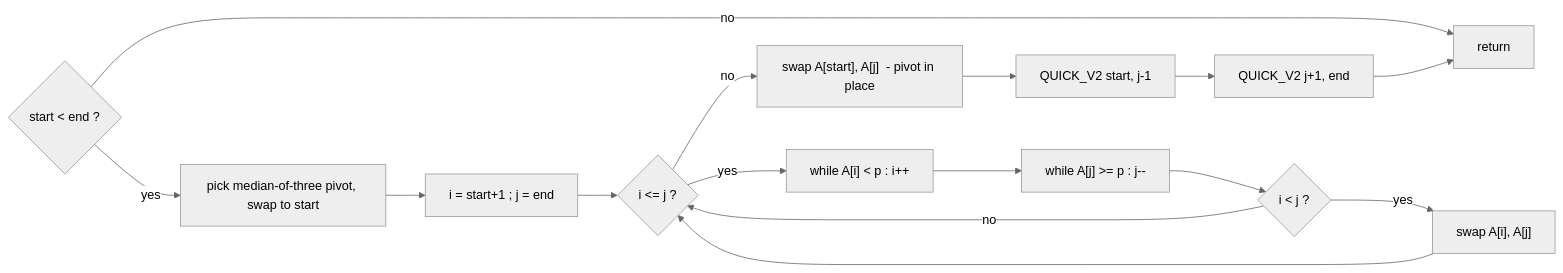
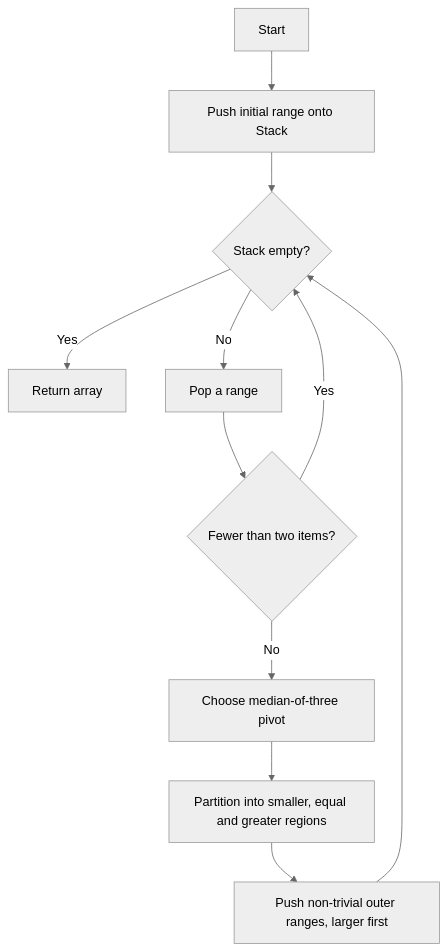
Diagram 13 of 21 in descriptions/a.md (Azusalina/sba-proj), drawn with Mermaid (neutral theme) before and after one commit. The commit also changed other lines of this file and 1 other file, not shown here.

````diff
--- a/descriptions/a.md
+++ b/descriptions/a.md
@@ -404,17 +411,13 @@
 ```mermaid
-flowchart LR
-    A{start < end ?} -- no --> Z[return]
-    A -- yes --> B["pick median-of-three pivot, swap to start"]
-    B --> C["i = start+1 ; j = end"]
-    C --> D{i <= j ?}
-    D -- no --> E["swap A[start], A[j]  - pivot in place"]
-    E --> F["QUICK_V2 start, j-1"]
-    F --> G["QUICK_V2 j+1, end"]
-    G --> Z
-    D -- yes --> H["while A[i] < p : i++"]
-    H --> I["while A[j] >= p : j--"]
-    I --> J{i < j ?}
-    J -- yes --> K["swap A[i], A[j]"]
-    J -- no --> D
-    K --> D
+flowchart TD
+    A[Start] --> B[Push initial range onto Stack]
+    B --> C{Stack empty?}
+    C -- Yes --> Z[Return array]
+    C -- No --> D[Pop a range]
+    D --> E{Fewer than two items?}
+    E -- Yes --> C
+    E -- No --> F[Choose median-of-three pivot]
+    F --> G[Partition into smaller, equal and greater regions]
+    G --> H[Push non-trivial outer ranges, larger first]
+    H --> C
 ```
````
